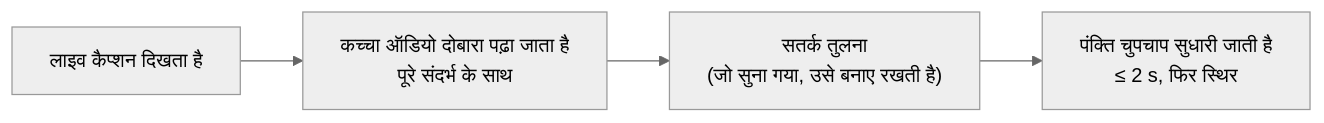
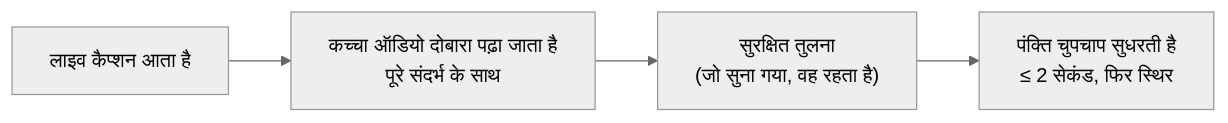
The third of 4 diagrams in README_hi.md (rpalm01-star/VigilantEarLegal), drawn with Mermaid (neutral theme) before and after one commit. The commit also changed other lines of this file and 14 other files, not shown here.

````diff
--- a/README_hi.md
+++ b/README_hi.md
@@ -168,4 +203,4 @@
 ```mermaid
 graph LR
-    L["लाइव कैप्शन दिखता है"] --> K["कच्चा ऑडियो दोबारा पढ़ा जाता है<br/>पूरे संदर्भ के साथ"] --> V["सतर्क तुलना<br/>(जो सुना गया, उसे बनाए रखती है)"] --> W["पंक्ति चुपचाप सुधारी जाती है<br/>≤ 2 s, फिर स्थिर"]
+    L["लाइव कैप्शन आता है"] --> K["कच्चा ऑडियो दोबारा पढ़ा जाता है<br/>पूरे संदर्भ के साथ"] --> V["सुरक्षित तुलना<br/>(जो सुना गया, वह रहता है)"] --> W["पंक्ति चुपचाप सुधरती है<br/>≤ 2 सेकंड, फिर स्थिर"]
 ```
````
